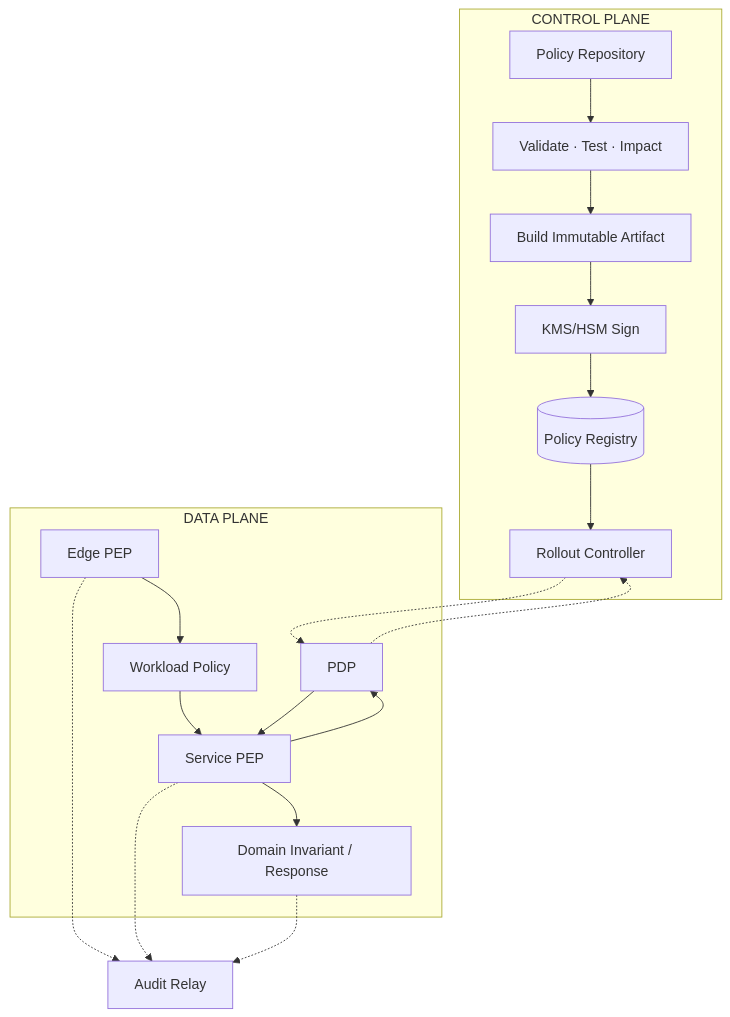
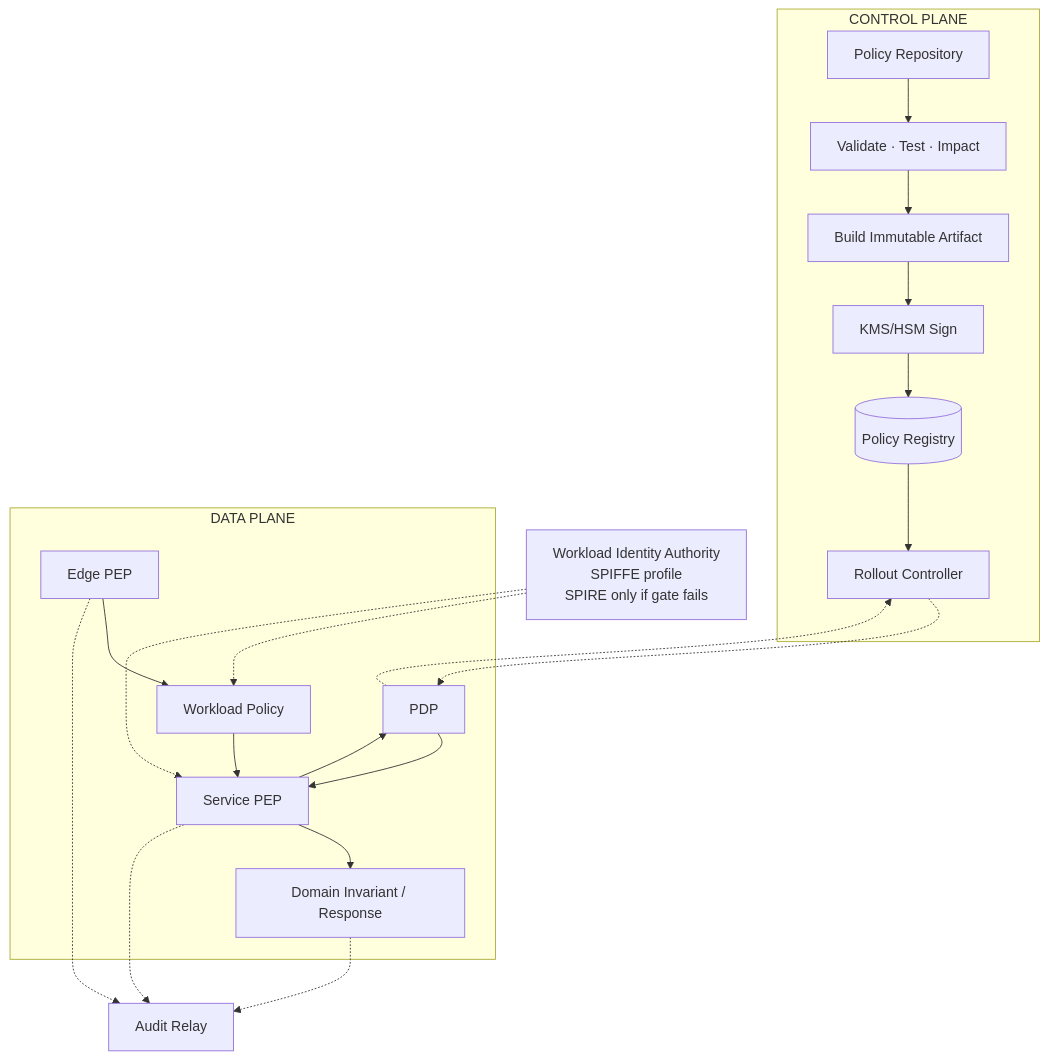
The second of 10 diagrams in zero-trust.md (huynv-xyz/vhm), drawn with Mermaid before and after one commit. The commit also changed other lines of this file, not shown here.

````diff
--- a/zero-trust.md
+++ b/zero-trust.md
@@ -242,24 +248,27 @@
 ```mermaid
 flowchart TB
     subgraph CP[CONTROL PLANE]
       G[Policy Repository] --> V[Validate · Test · Impact]
       V --> B[Build Immutable Artifact]
       B --> K[KMS/HSM Sign]
       K --> R[(Policy Registry)]
       R --> O[Rollout Controller]
     end
 
     subgraph DP[DATA PLANE]
       E[Edge PEP] --> W[Workload Policy]
       W --> S[Service PEP]
       S --> P[PDP]
       P --> S
       S --> X[Domain Invariant / Response]
     end
 
+    IA[Workload Identity Authority<br/>SPIFFE profile<br/>SPIRE only if gate fails] -.-> W
+    IA -.-> S
+
     O -.-> P
     P -.-> O
     E -.-> A[Audit Relay]
     S -.-> A
     X -.-> A
 ```
````
